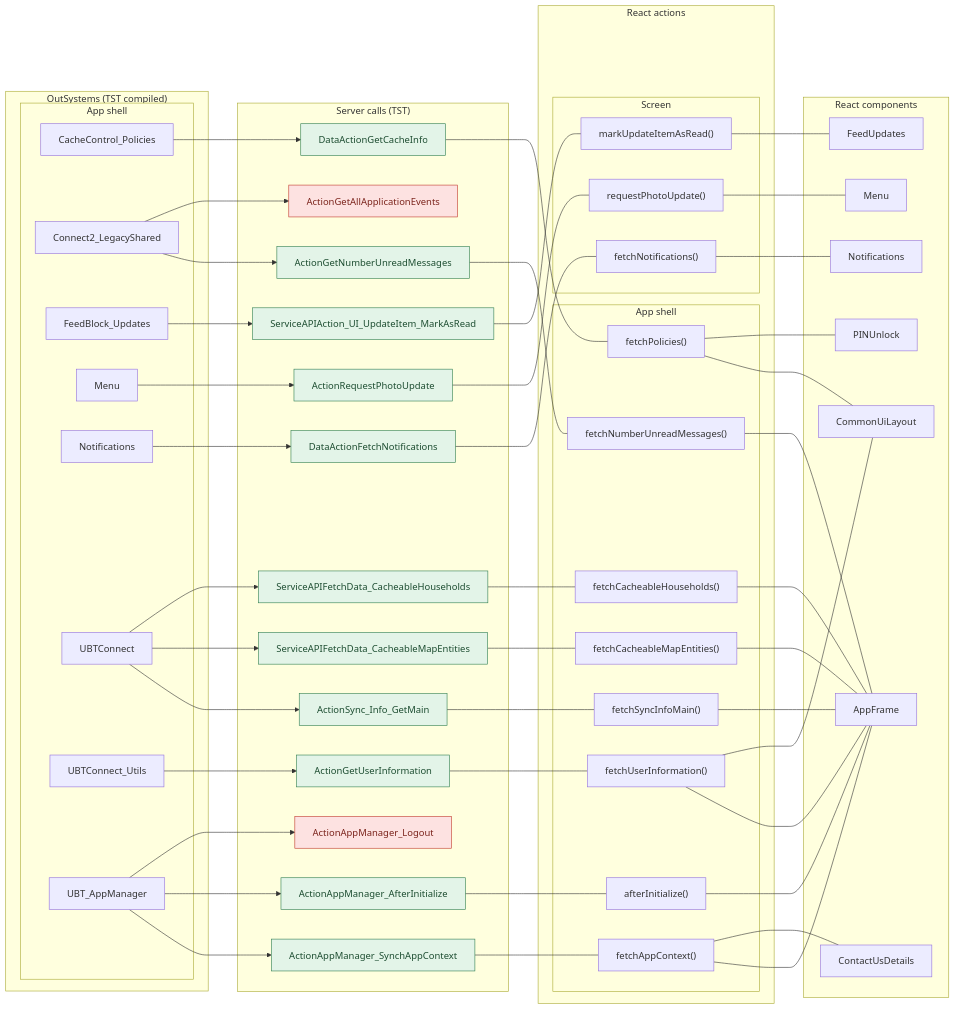
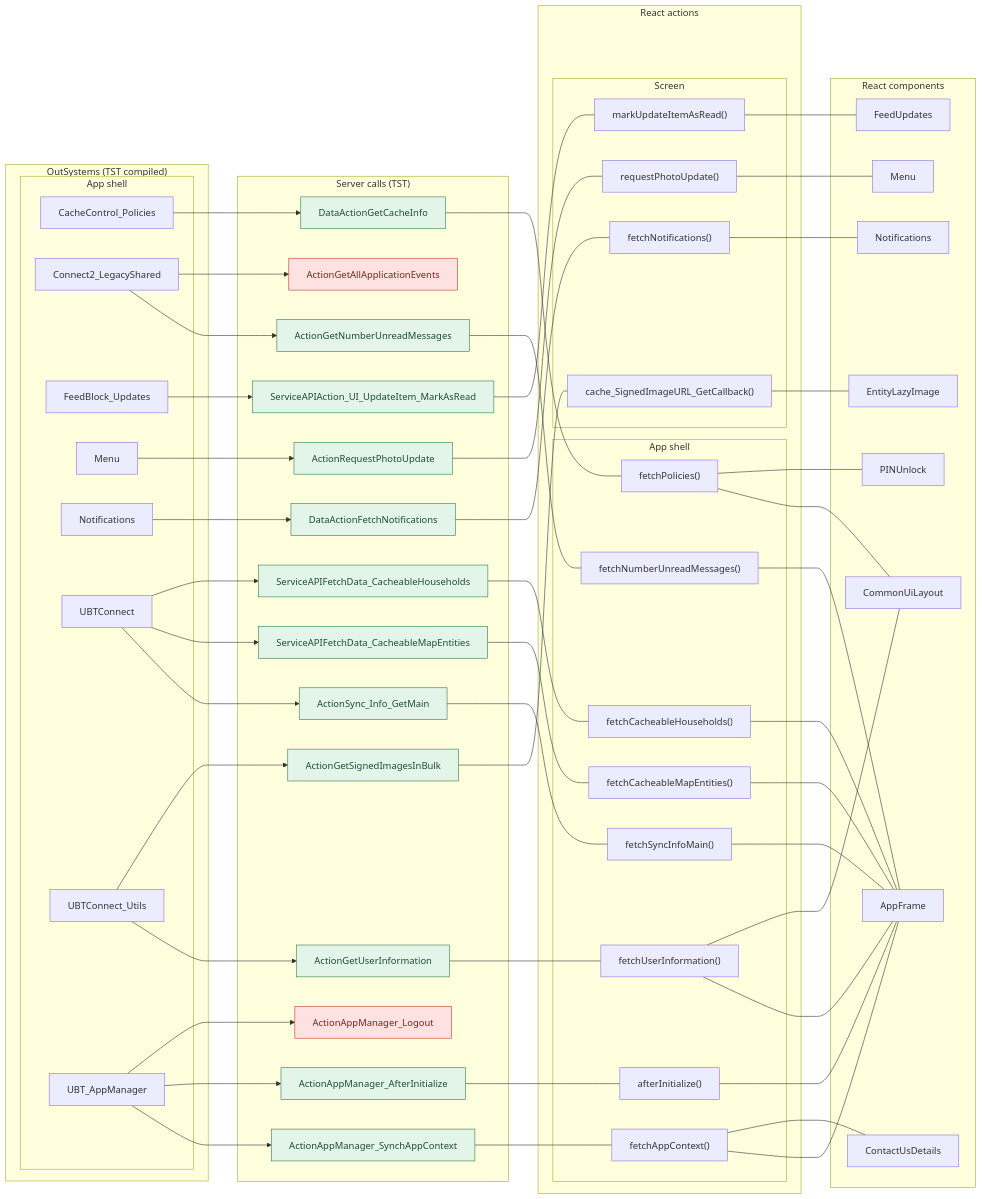
Before and after one commit to Phoenix-DX/connect-new-ui: the first of 20 diagrams in route-actions/APP_SHELL.md, drawn with Mermaid. The commit also changed other lines of this file and 5 other files, not shown here.

````diff
--- a/route-actions/APP_SHELL.md
+++ b/route-actions/APP_SHELL.md
@@ -43,47 +43,51 @@
     e18["ActionAppManager_Logout"]
     e19["DataActionFetchNotifications"]
     e20["DataActionGetCacheInfo"]
+    e21["ActionGetSignedImagesInBulk"]
   end
   subgraph RE["React actions"]
     subgraph RE_shell["App shell"]
-      r21["afterInitialize()"]
-      r22["fetchAppContext()"]
-      r23["fetchCacheableHouseholds()"]
-      r24["fetchCacheableMapEntities()"]
-      r25["fetchNumberUnreadMessages()"]
-      r26["fetchPolicies()"]
-      r27["fetchSyncInfoMain()"]
-      r28["fetchUserInformation()"]
+      r22["afterInitialize()"]
+      r23["fetchAppContext()"]
+      r24["fetchCacheableHouseholds()"]
+      r25["fetchCacheableMapEntities()"]
+      r26["fetchNumberUnreadMessages()"]
+      r27["fetchPolicies()"]
+      r28["fetchSyncInfoMain()"]
+      r29["fetchUserInformation()"]
     end
     subgraph RE_page["Screen"]
-      r29["fetchNotifications()"]
-      r30["markUpdateItemAsRead()"]
-      r31["requestPhotoUpdate()"]
+      r30["cache_SignedImageURL_GetCallback()"]
+      r31["fetchNotifications()"]
+      r32["markUpdateItemAsRead()"]
+      r33["requestPhotoUpdate()"]
     end
   end
   subgraph RC["React components"]
-    c32["AppFrame"]
-    c33["CommonUiLayout"]
-    c34["ContactUsDetails"]
-    c35["FeedUpdates"]
-    c36["Menu"]
-    c37["Notifications"]
-    c38["PINUnlock"]
+    c34["AppFrame"]
+    c35["CommonUiLayout"]
+    c36["ContactUsDetails"]
+    c37["EntityLazyImage"]
+    c38["FeedUpdates"]
+    c39["Menu"]
+    c40["Notifications"]
+    c41["PINUnlock"]
   end
-  r21 --- c32
-  r22 --- c32
-  r23 --- c32
-  r24 --- c32
-  r25 --- c32
-  r27 --- c32
-  r28 --- c32
   r22 --- c34
-  r26 --- c33
-  r28 --- c33
-  r30 --- c35
-  r31 --- c36
-  r29 --- c37
-  r26 --- c38
+  r23 --- c34
+  r24 --- c34
+  r25 --- c34
+  r26 --- c34
+  r28 --- c34
+  r29 --- c34
+  r23 --- c36
+  r27 --- c35
+  r29 --- c35
+  r32 --- c38
+  r33 --- c39
+  r31 --- c40
+  r27 --- c41
+  r30 --- c37
   o7 --> e8
   o7 --> e9
   o7 --> e18
@@ -93,23 +97,25 @@
   o1 --> e11
   o1 --> e14
   o6 --> e15
+  o6 --> e21
   o2 --> e16
   o3 --> e17
   o4 --> e19
   o0 --> e20
-  e8 --- r22
-  e9 --- r21
-  e10 --- r27
-  e11 --- r25
-  e12 --- r24
-  e13 --- r23
-  e15 --- r28
-  e16 --- r30
-  e17 --- r31
-  e19 --- r29
-  e20 --- r26
+  e8 --- r23
+  e9 --- r22
+  e10 --- r28
+  e11 --- r26
+  e12 --- r25
+  e13 --- r24
+  e15 --- r29
+  e16 --- r32
+  e17 --- r33
+  e19 --- r31
+  e20 --- r27
+  e21 --- r30
   classDef missing fill:#fde2e1,stroke:#c0392b,color:#7b241c
   classDef ok fill:#e3f4e8,stroke:#2e7d4f,color:#1d4d31
   class e14,e18 missing
-  class e8,e9,e10,e11,e12,e13,e15,e16,e17,e19,e20 ok
+  class e8,e9,e10,e11,e12,e13,e15,e16,e17,e19,e20,e21 ok
 ```
````
